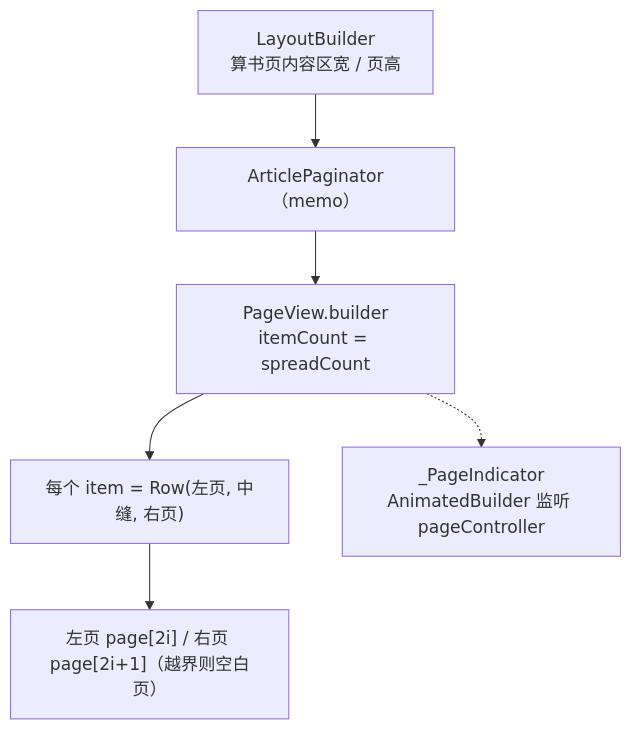
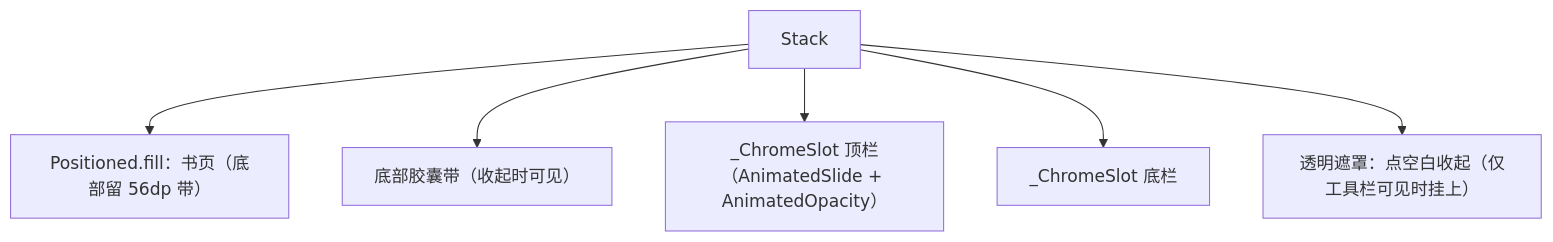
One commit to kindywu/contexta changed the third of 5 diagrams in impl/app/flutter/docs/reading-spread.md. Above: the diagram before and after it, drawn with Mermaid. The commit also changed other lines of this file and 5 other files, not shown here.

````diff
--- a/impl/app/flutter/docs/reading-spread.md
+++ b/impl/app/flutter/docs/reading-spread.md
@@ -109,8 +211,8 @@
 ```mermaid
 flowchart TB
-    A["LayoutBuilder<br/>算书页内容区宽 / 页高"] --> B["ArticlePaginator（memo）"]
-    B --> C["PageView.builder<br/>itemCount = spreadCount"]
-    C --> D["每个 item = Row(左页, 中缝, 右页)"]
-    D --> E["左页 page[2i] / 右页 page[2i+1]（越界则空白页）"]
-    C -.-> F["_PageIndicator<br/>AnimatedBuilder 监听 pageController"]
+    A["Stack"] --> B["Positioned.fill：书页（底部留 56dp 带）"]
+    A --> C["底部胶囊带（收起时可见）"]
+    A --> D["_ChromeSlot 顶栏（AnimatedSlide + AnimatedOpacity）"]
+    A --> E["_ChromeSlot 底栏"]
+    A --> F["透明遮罩：点空白收起（仅工具栏可见时挂上）"]
 ```
````
